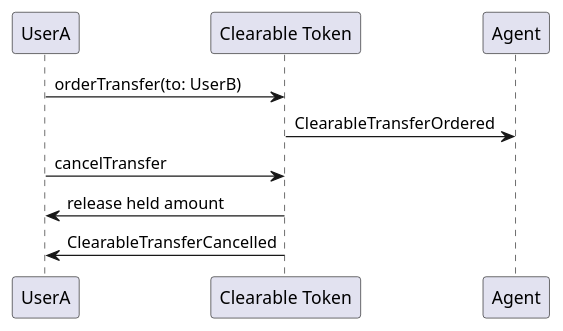
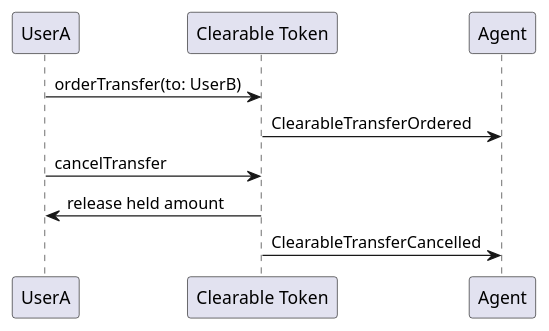
The diagram in diagrams/transfer_cancelled_by_payer.puml (IoBuilders/clearable-token), drawn with PlantUML before and after one commit. The commit also changed 4 other files, not shown here.

```diff
--- a/diagrams/transfer_cancelled_by_payer.puml
+++ b/diagrams/transfer_cancelled_by_payer.puml
@@ -1,7 +1,7 @@
 @startuml
 UserA -> "Clearable Token": orderTransfer(to: UserB)
 "Clearable Token" -> Agent: ClearableTransferOrdered
 UserA -> "Clearable Token": cancelTransfer
 "Clearable Token" -> UserA: release held amount
-"Clearable Token" -> UserA: ClearableTransferCancelled
+"Clearable Token" -> Agent: ClearableTransferCancelled
 @enduml
```
